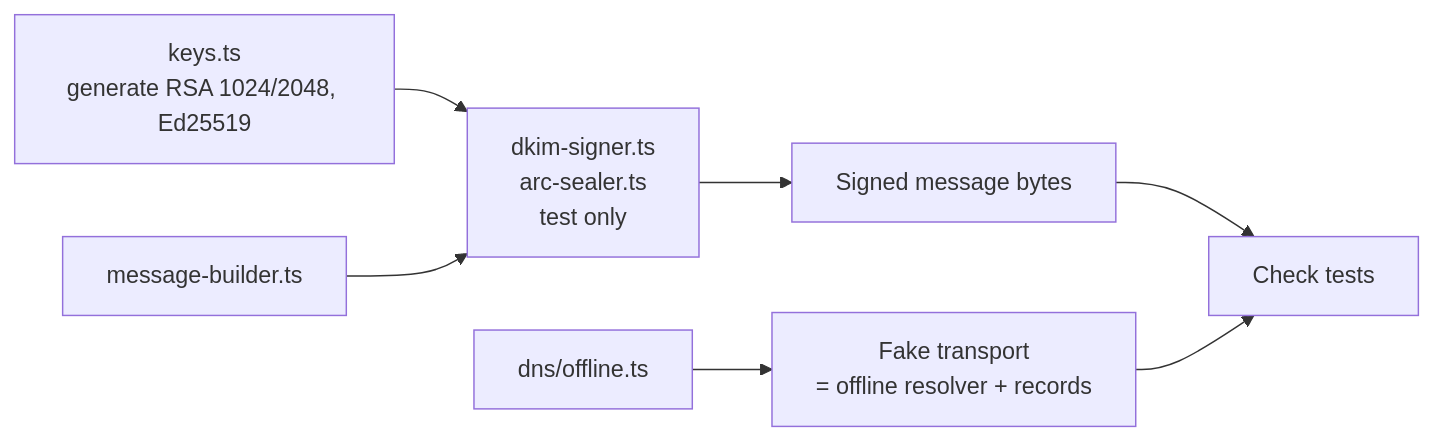
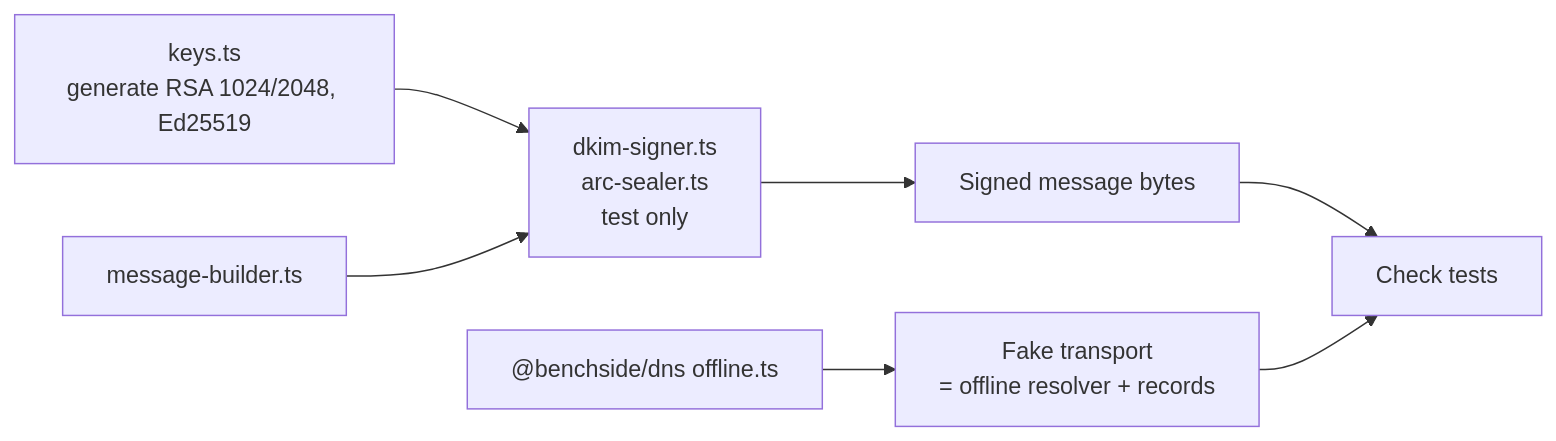
Before and after one commit to photom/benchside: the ninth of 9 diagrams in docs/explanation/mail-detailed-design.md, drawn with Mermaid. The commit also changed other lines of this file and 55 other files, not shown here.

First line of the commit message:
Move the DNS resolver into @benchside/dns (#17)

````diff
--- a/docs/explanation/mail-detailed-design.md
+++ b/docs/explanation/mail-detailed-design.md
@@ -354,7 +360,7 @@
 ```mermaid
 flowchart LR
   keys[keys.ts<br/>generate RSA 1024/2048, Ed25519] --> signer[dkim-signer.ts<br/>arc-sealer.ts<br/>test only]
   mb[message-builder.ts] --> signer --> fixture[Signed message bytes]
-  off[dns/offline.ts] --> fake[Fake transport<br/>= offline resolver + records]
+  off["@benchside/dns offline.ts"] --> fake[Fake transport<br/>= offline resolver + records]
   fixture & fake --> test[Check tests]
 ```
````
